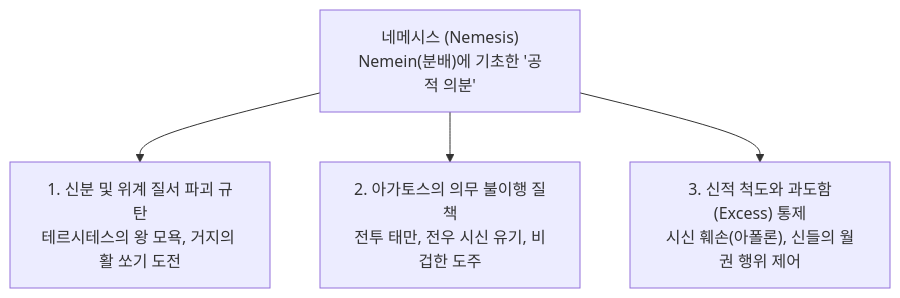
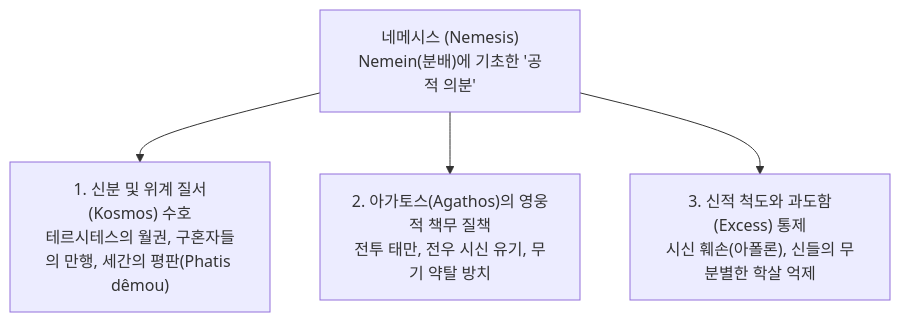
One commit to YgHnSIM/Homer_wiki changed the diagram in wiki/concepts/nemesis.md. Above: the diagram before and after it, drawn with Mermaid. The commit also changed other lines of this file and 2 other files, not shown here.

Commit message:
docs(concepts): Nemesis 개념 문서 정제 및 문헌 인용 확충

````diff
--- a/wiki/concepts/nemesis.md
+++ b/wiki/concepts/nemesis.md
@@ -24,6 +30,6 @@
 ```mermaid
 graph TD
-    A["네메시스 (Nemesis)<br/>Nemein(분배)에 기초한 '공적 의분'"] --> B["1. 신분 및 위계 질서 파괴 규탄<br/>테르시테스의 왕 모욕, 거지의 활 쏘기 도전"]
-    A --> C["2. 아가토스의 의무 불이행 질책<br/>전투 태만, 전우 시신 유기, 비겁한 도주"]
-    A --> D["3. 신적 척도와 과도함(Excess) 통제<br/>시신 훼손(아폴론), 신들의 월권 행위 제어"]
+    A["네메시스 (Nemesis)<br/>Nemein(분배)에 기초한 '공적 의분'"] --> B["1. 신분 및 위계 질서(Kosmos) 수호<br/>테르시테스의 월권, 구혼자들의 만행, 세간의 평판(Phatis dêmou)"]
+    A --> C["2. 아가토스(Agathos)의 영웅적 책무 질책<br/>전투 태만, 전우 시신 유기, 무기 약탈 방치"]
+    A --> D["3. 신적 척도와 과도함(Excess) 통제<br/>시신 훼손(아폴론), 신들의 무분별한 학살 억제"]
 ```
````
